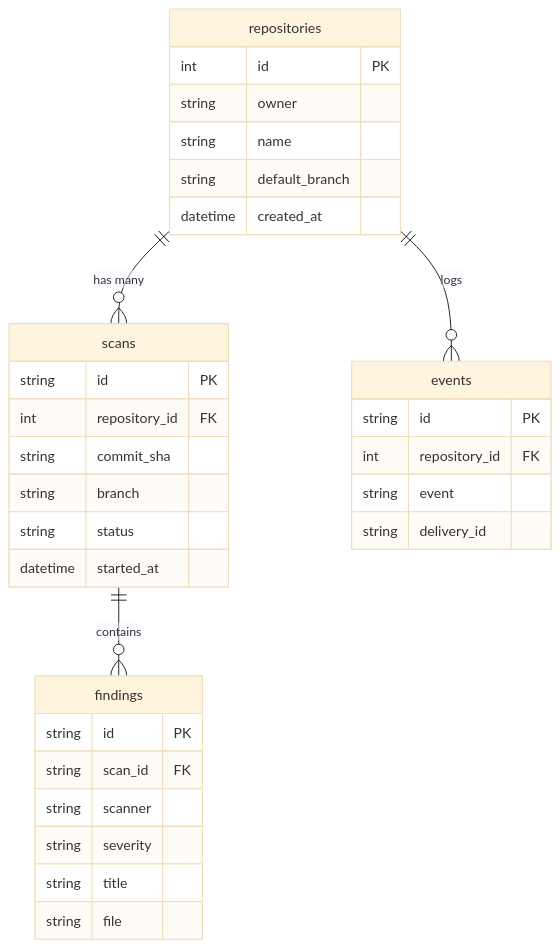
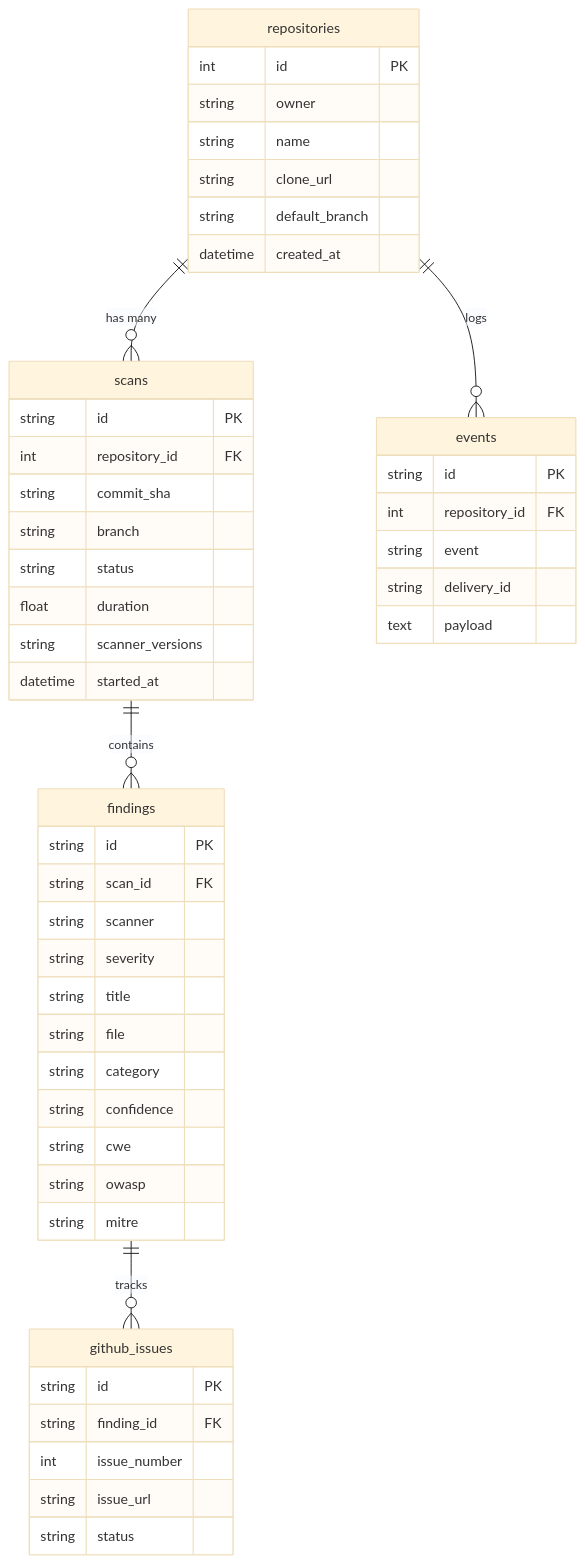
One commit to NATTOMR/secureguard-github-app changed the diagram in README.md. Above: the diagram before and after it, drawn with Mermaid (base theme). The commit also changed other lines of this file and 39 other files, not shown here.

````diff
--- a/README.md
+++ b/README.md
@@ -276,36 +276,53 @@
 ```mermaid
 erDiagram
     repositories ||--o{ scans : "has many"
     repositories ||--o{ events : "logs"
     scans ||--o{ findings : "contains"
+    findings ||--o{ github_issues : "tracks"
 
     repositories {
         int id PK
         string owner
         string name
+        string clone_url
         string default_branch
         datetime created_at
     }
     scans {
         string id PK
         int repository_id FK
         string commit_sha
         string branch
         string status
+        float duration
+        string scanner_versions
         datetime started_at
     }
     findings {
         string id PK
         string scan_id FK
         string scanner
         string severity
         string title
         string file
+        string category
+        string confidence
+        string cwe
+        string owasp
+        string mitre
     }
     events {
         string id PK
         int repository_id FK
         string event
         string delivery_id
+        text payload
+    }
+    github_issues {
+        string id PK
+        string finding_id FK
+        int issue_number
+        string issue_url
+        string status
     }
 ```
````
